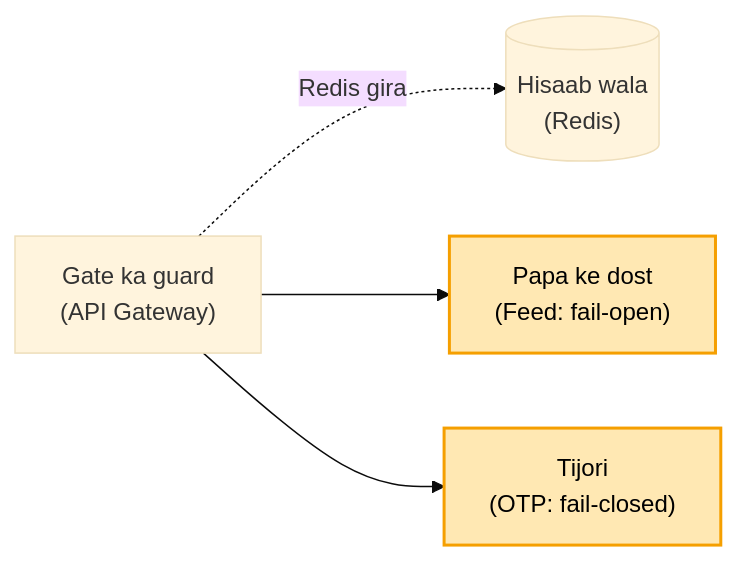
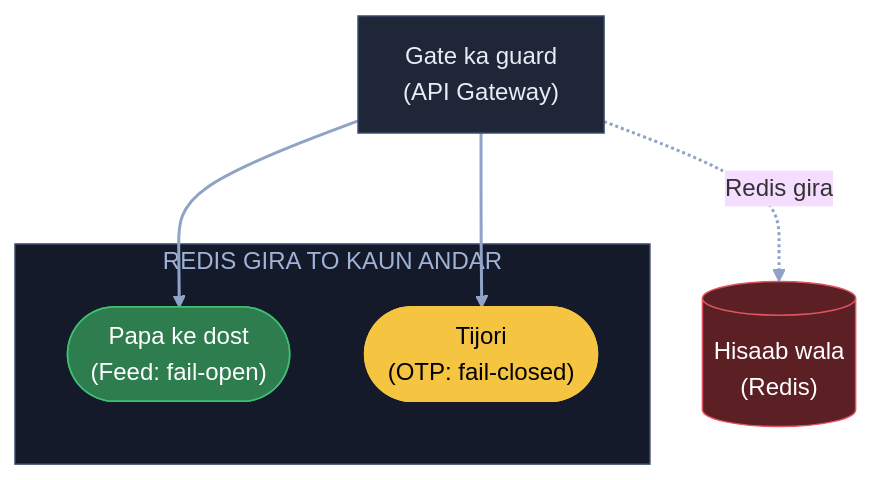
One commit to ArpanMaheshwari144/Prep changed the fifth of 9 diagrams in 04_HLD/SYSTEM_DESIGNS/02_rate_limiter/02_rate_limiter.md. Above: the diagram before and after it, drawn with Mermaid (base theme). The commit also changed other lines of this file, not shown here.

Commit message:
Rate limiter: 9 diagram YouTube (reel) wale card andaaz me

````diff
--- a/04_HLD/SYSTEM_DESIGNS/02_rate_limiter/02_rate_limiter.md
+++ b/04_HLD/SYSTEM_DESIGNS/02_rate_limiter/02_rate_limiter.md
@@ -121,8 +174,18 @@
 ```mermaid
-flowchart LR
-    G["Gate ka guard<br/>(API Gateway)"] -.->|"Redis gira"| R[("Hisaab wala<br/>(Redis)")]
-    G --> F["Papa ke dost<br/>(Feed: fail-open)"]
-    G --> O["Tijori<br/>(OTP: fail-closed)"]
-    style F fill:#ffe8b3,stroke:#f59f00,stroke-width:2px,color:#000
-    style O fill:#ffe8b3,stroke:#f59f00,stroke-width:2px,color:#000
+flowchart TB
+    R[("Hisaab wala<br/>(Redis)")]:::bad
+    G["Gate ka guard<br/>(API Gateway)"]:::card
+    subgraph FS["REDIS GIRA TO KAUN ANDAR"]
+        F(["Papa ke dost<br/>(Feed: fail-open)"]):::good
+        O(["Tijori<br/>(OTP: fail-closed)"]):::pill
+    end
+    G -. "Redis gira" .-> R
+    G --> F
+    G --> O
+    linkStyle default stroke:#8fa3c7,stroke-width:2px
+    classDef card fill:#1e2638,stroke:#3a4a6b,color:#e8ecf5
+    classDef pill fill:#f5c542,stroke:#f5c542,color:#000
+    classDef good fill:#2e7d4f,stroke:#3fbf6f,color:#fff
+    classDef bad fill:#5c1f24,stroke:#e05561,color:#fff
+    style FS fill:#141a29,stroke:#3a4a6b,color:#9fb3d9
 ```
````
